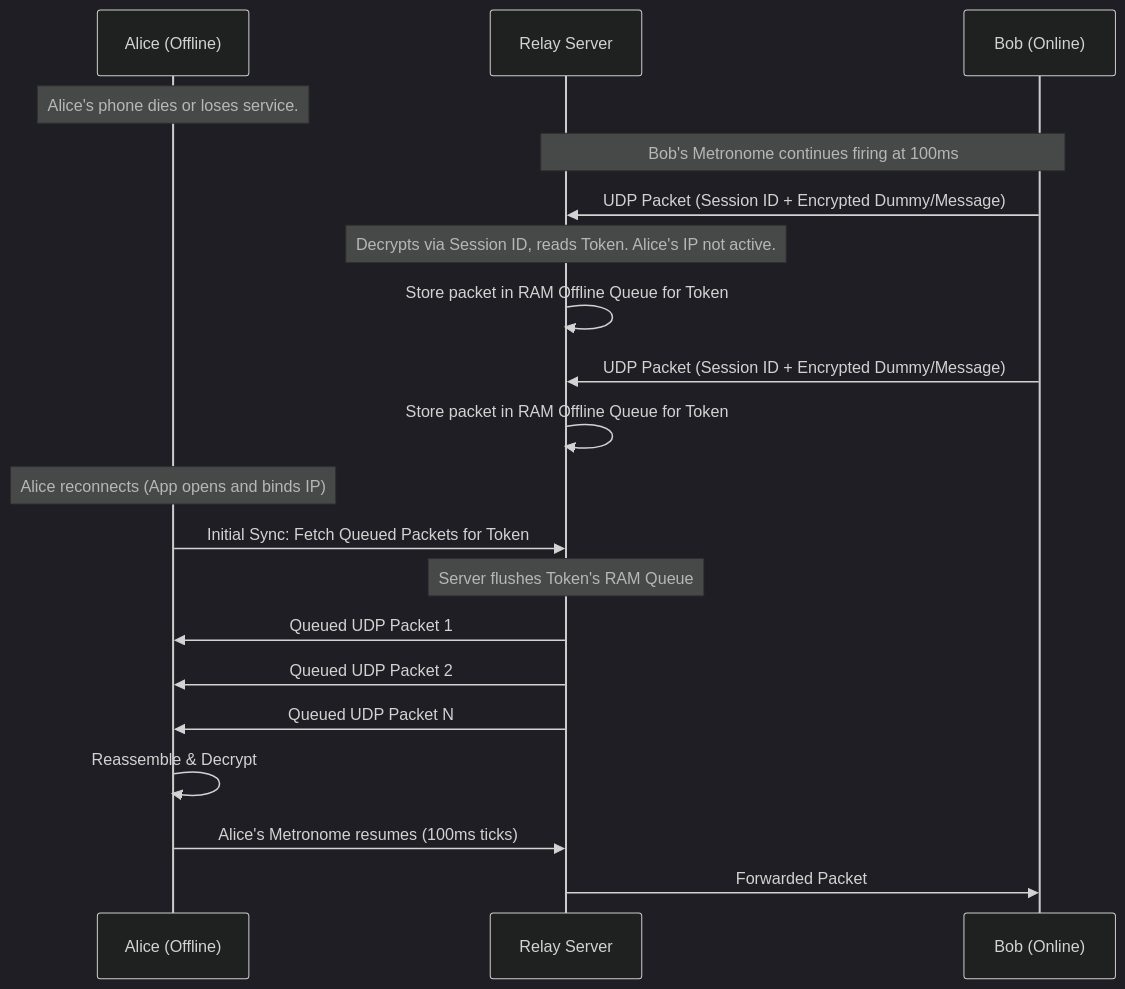
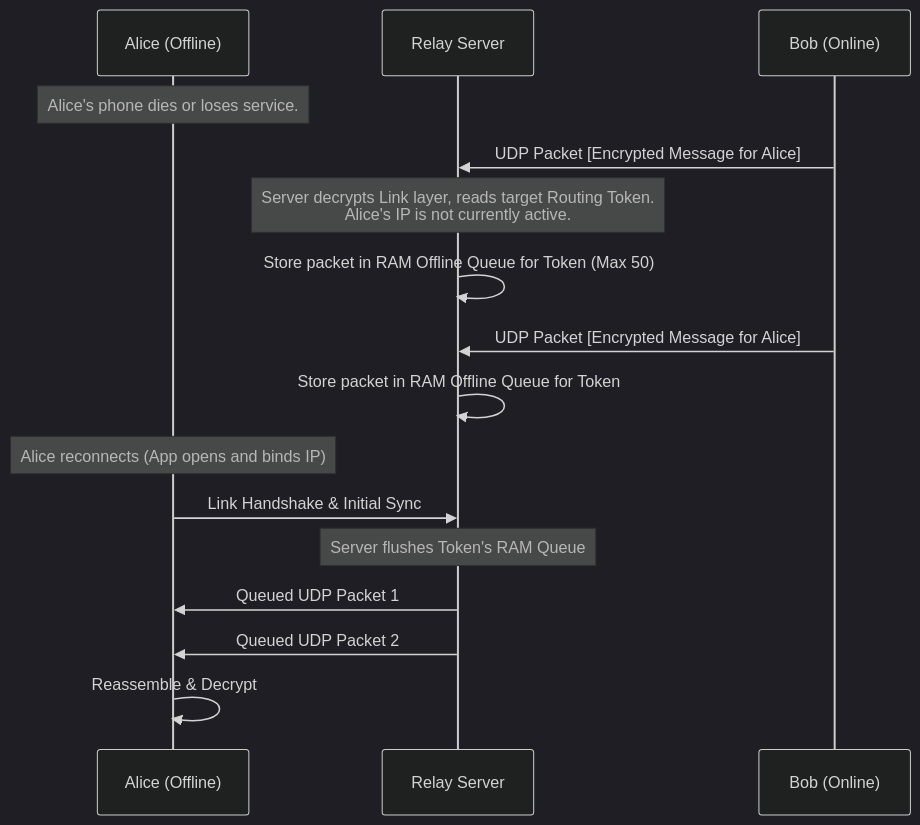
One commit to Lxadams/Cryptogram changed the third of 3 diagrams in documentations/architecture-diagrams.md. Above: the diagram before and after it, drawn with Mermaid (dark theme). The commit also changed other lines of this file and 9 other files, not shown here.

Commit message:
docs and diagrams

````diff
--- a/documentations/architecture-diagrams.md
+++ b/documentations/architecture-diagrams.md
@@ -89,28 +82,24 @@
 ```mermaid
 sequenceDiagram
     participant A as Alice (Offline)
     participant S as Relay Server
     participant B as Bob (Online)
 
     Note over A: Alice's phone dies or loses service.
     
-    Note over B, S: Bob's Metronome continues firing at 100ms
-    B->>S: UDP Packet (Session ID + Encrypted Dummy/Message)
-    Note over S: Decrypts via Session ID, reads Token. Alice's IP not active.
-    S->>S: Store packet in RAM Offline Queue for Token
+    B->>S: UDP Packet [Encrypted Message for Alice]
+    Note over S: Server decrypts Link layer, reads target Routing Token.<br/>Alice's IP is not currently active.
+    S->>S: Store packet in RAM Offline Queue for Token (Max 50)
     
-    B->>S: UDP Packet (Session ID + Encrypted Dummy/Message)
+    B->>S: UDP Packet [Encrypted Message for Alice]
     S->>S: Store packet in RAM Offline Queue for Token
     
     Note over A: Alice reconnects (App opens and binds IP)
-    A->>S: Initial Sync: Fetch Queued Packets for Token
+    A->>S: Link Handshake & Initial Sync
     
     Note over S: Server flushes Token's RAM Queue
     S->>A: Queued UDP Packet 1
     S->>A: Queued UDP Packet 2
-    S->>A: Queued UDP Packet N
     
     A->>A: Reassemble & Decrypt
-    A->>S: Alice's Metronome resumes (100ms ticks)
-    S->>B: Forwarded Packet
 ```
````
